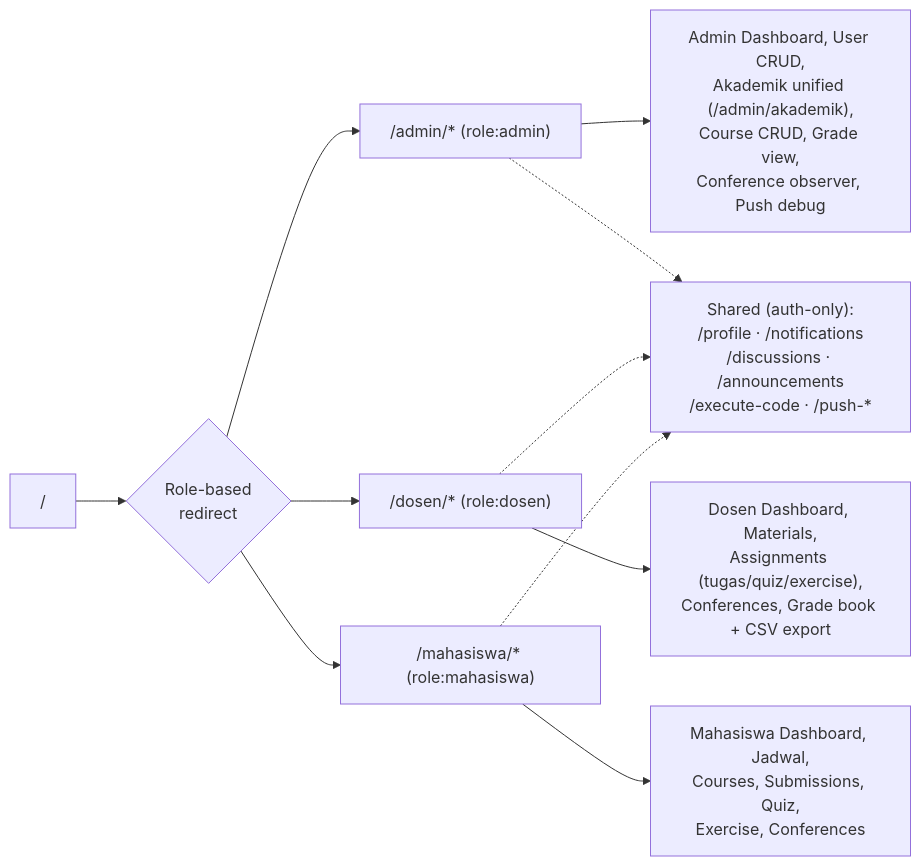
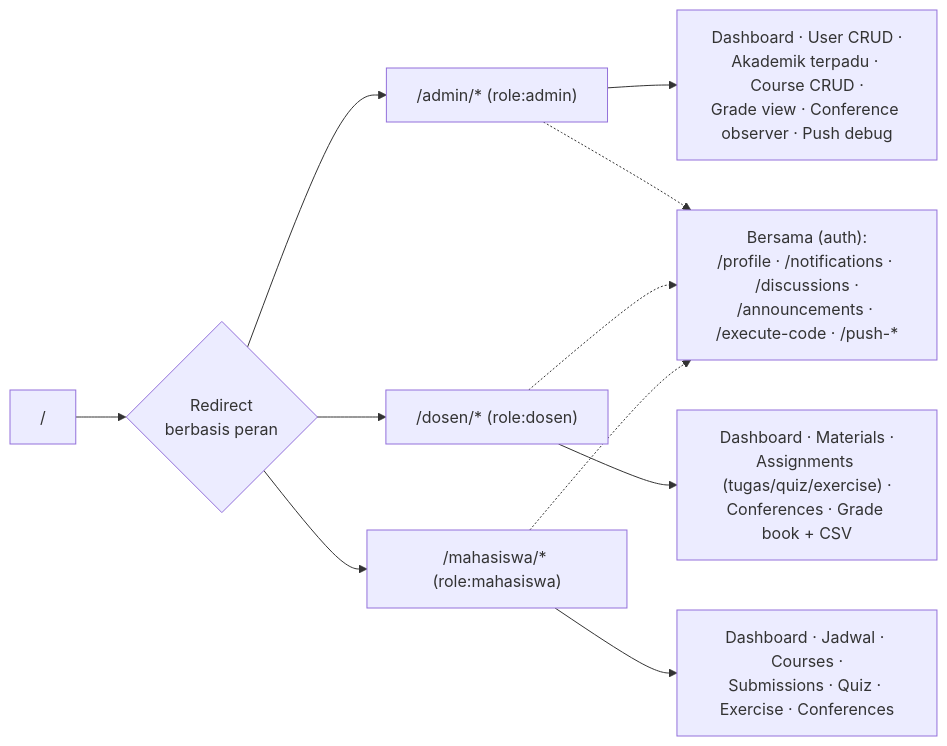
One commit to SendhyKurniawan/projectbasedlearning changed the second of 7 diagrams in docs/bab4-implementasi.md. Above: the diagram before and after it, drawn with Mermaid. The commit also changed other lines of this file and 279 other files, not shown here.

````diff
--- a/docs/bab4-implementasi.md
+++ b/docs/bab4-implementasi.md
@@ -264,15 +253,14 @@
 ```mermaid
 graph LR
-    URL["/"] --> RD{Role-based<br/>redirect}
+    URL["/"] --> RD{Redirect<br/>berbasis peran}
     RD --> A["/admin/* (role:admin)"]
     RD --> D["/dosen/* (role:dosen)"]
     RD --> M["/mahasiswa/* (role:mahasiswa)"]
-    A --> AD["Admin Dashboard, User CRUD,<br/>Akademik unified (/admin/akademik),<br/>Course CRUD, Grade view,<br/>Conference observer, Push debug"]
-    D --> DD["Dosen Dashboard, Materials,<br/>Assignments (tugas/quiz/exercise),<br/>Conferences, Grade book + CSV export"]
-    M --> MD["Mahasiswa Dashboard, Jadwal,<br/>Courses, Submissions, Quiz,<br/>Exercise, Conferences"]
-
-    SHARED["Shared (auth-only):<br/>/profile · /notifications<br/>/discussions · /announcements<br/>/execute-code · /push-*"]
+    A --> AD["Dashboard · User CRUD ·<br/>Akademik terpadu · Course CRUD ·<br/>Grade view · Conference observer · Push debug"]
+    D --> DD["Dashboard · Materials ·<br/>Assignments (tugas/quiz/exercise) ·<br/>Conferences · Grade book + CSV"]
+    M --> MD["Dashboard · Jadwal · Courses ·<br/>Submissions · Quiz · Exercise · Conferences"]
+    SHARED["Bersama (auth):<br/>/profile · /notifications · /discussions ·<br/>/announcements · /execute-code · /push-*"]
     A -.-> SHARED
     D -.-> SHARED
     M -.-> SHARED
 ```
````
